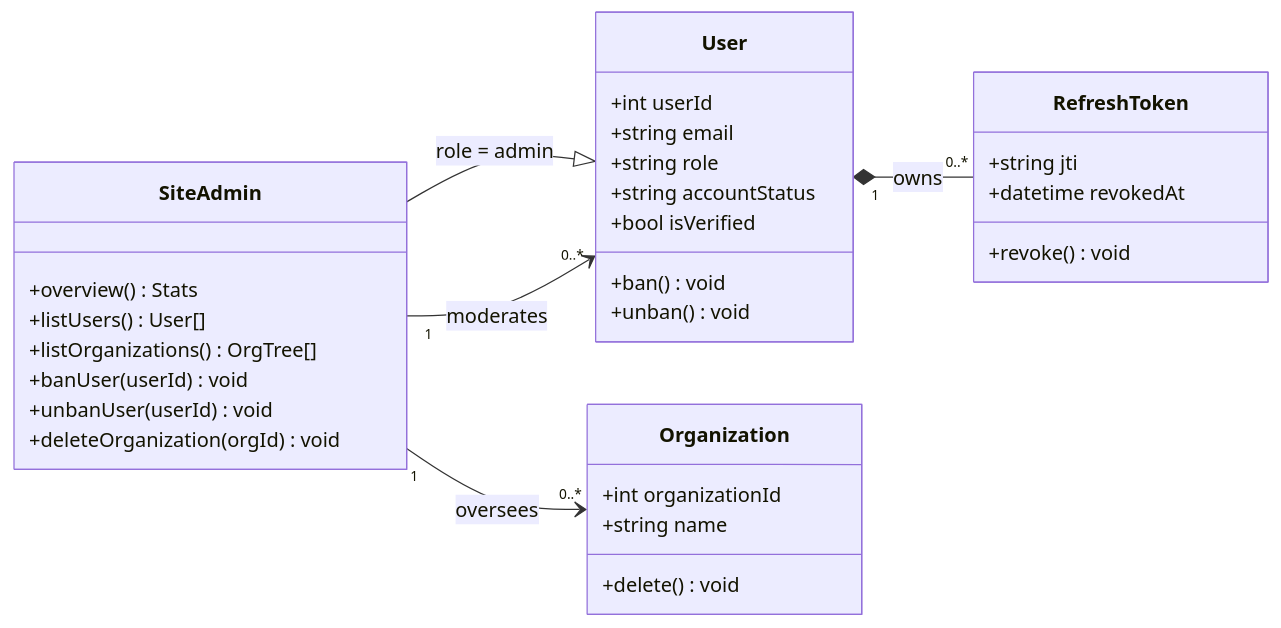
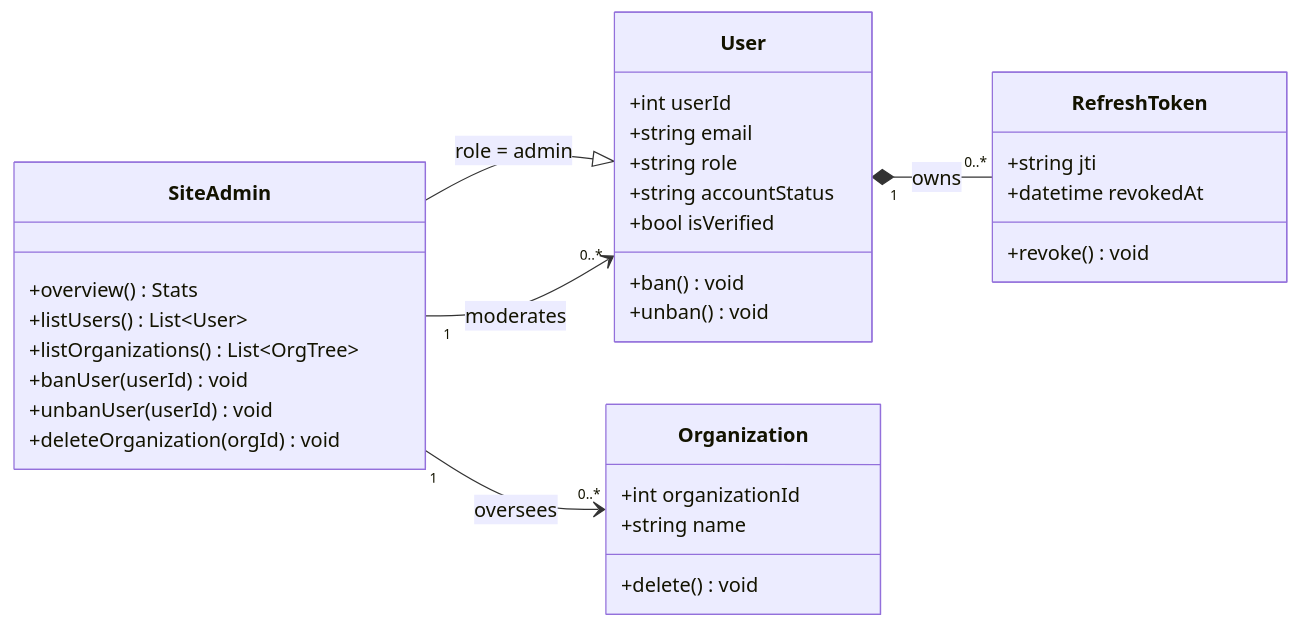
Before and after one commit to MohamedChebbi123/teamnest: diagram 33 of 36 in backlog_revisited.md, drawn with Mermaid.

````diff
--- a/backlog_revisited.md
+++ b/backlog_revisited.md
@@ -1992,40 +1992,40 @@
 ```mermaid
 classDiagram
     direction LR
 
     class User {
         +int userId
         +string email
         +string role
         +string accountStatus
         +bool isVerified
         +ban() void
         +unban() void
     }
 
     class SiteAdmin {
         +overview() Stats
-        +listUsers() User[]
-        +listOrganizations() OrgTree[]
+        +listUsers() List~User~
+        +listOrganizations() List~OrgTree~
         +banUser(userId) void
         +unbanUser(userId) void
         +deleteOrganization(orgId) void
     }
 
     class Organization {
         +int organizationId
         +string name
         +delete() void
     }
 
     class RefreshToken {
         +string jti
         +datetime revokedAt
         +revoke() void
     }
 
     SiteAdmin --|> User : role = admin
     SiteAdmin "1" --> "0..*" User : moderates
     SiteAdmin "1" --> "0..*" Organization : oversees
     User "1" *-- "0..*" RefreshToken : owns
 ```
````
